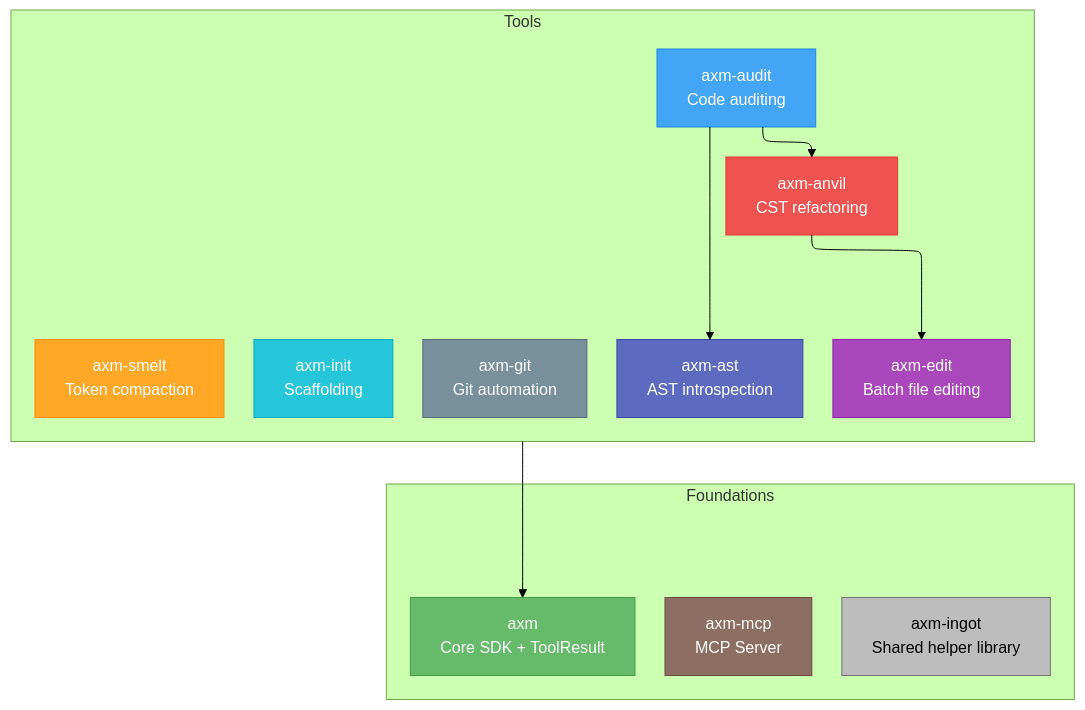
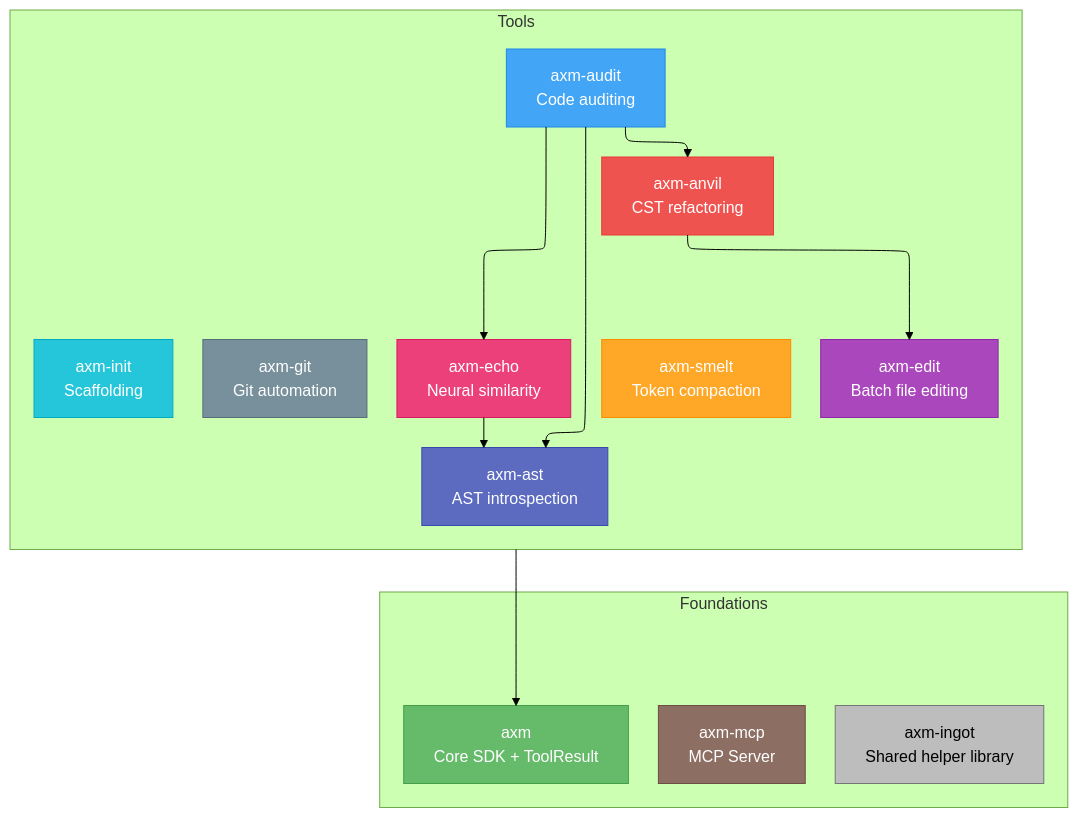
One commit to axm-protocols/axm-forge changed the diagram in docs/index.md. Above: the diagram before and after it, drawn with Mermaid (forest theme). The commit also changed other lines of this file, not shown here.

First line of the commit message:
docs(forge): add axm-echo to the docs landing page

````diff
--- a/docs/index.md
+++ b/docs/index.md
@@ -121,52 +128,56 @@
 ```mermaid
 %%{ init: { "flowchart": { "defaultRenderer": "elk" } } }%%
 graph TD
     classDef ast fill:#5C6BC0,stroke:#3949AB,color:#fff
     classDef audit fill:#42A5F5,stroke:#1E88E5,color:#fff
     classDef init fill:#26C6DA,stroke:#00ACC1,color:#fff
     classDef git fill:#78909C,stroke:#546E7A,color:#fff
     classDef smelt fill:#FFA726,stroke:#FB8C00,color:#fff
     classDef anvil fill:#EF5350,stroke:#E53935,color:#fff
     classDef edit fill:#AB47BC,stroke:#8E24AA,color:#fff
     classDef axm fill:#66BB6A,stroke:#43A047,color:#fff
     classDef mcp fill:#8D6E63,stroke:#6D4C41,color:#fff
     classDef ingot fill:#BDBDBD,stroke:#757575,color:#000
+    classDef echo fill:#EC407A,stroke:#D81B60,color:#fff
 
     subgraph tools [Tools]
         direction TB
 
         AUDIT["axm-audit<br/>Code auditing"]:::audit
         ANVIL["axm-anvil<br/>CST refactoring"]:::anvil
 
         subgraph botrow [ ]
             direction LR
             AST["axm-ast<br/>AST introspection"]:::ast
             EDIT["axm-edit<br/>Batch file editing"]:::edit
             INIT["axm-init<br/>Scaffolding"]:::init
             GIT["axm-git<br/>Git automation"]:::git
             SMELT["axm-smelt<br/>Token compaction"]:::smelt
+            ECHO["axm-echo<br/>Neural similarity"]:::echo
         end
 
         AUDIT --> AST
         AUDIT --> ANVIL
+        AUDIT --> ECHO
         ANVIL --> EDIT
+        ECHO --> AST
     end
 
     subgraph foundations [Foundations]
         direction TB
         subgraph baserow [ ]
             direction LR
             MCP["axm-mcp<br/>MCP Server"]:::mcp
             AXM["axm<br/>Core SDK + ToolResult"]:::axm
             INGOT["axm-ingot<br/>Shared helper library"]:::ingot
         end
     end
 
     %% the whole tool layer builds on the shared foundations
     %% (target a node inside baserow so ELK fills + aligns that row)
     tools --> AXM
 
     %% hide the inner row containers (keep only Tools / Foundations frames)
     style botrow fill:none,stroke:none
     style baserow fill:none,stroke:none
 ```
````
